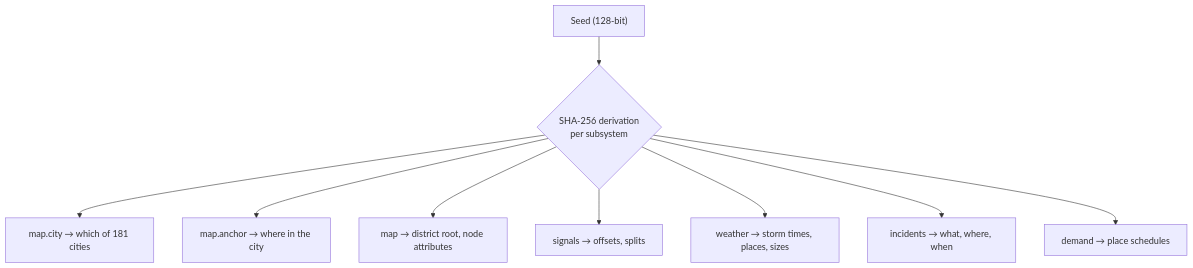
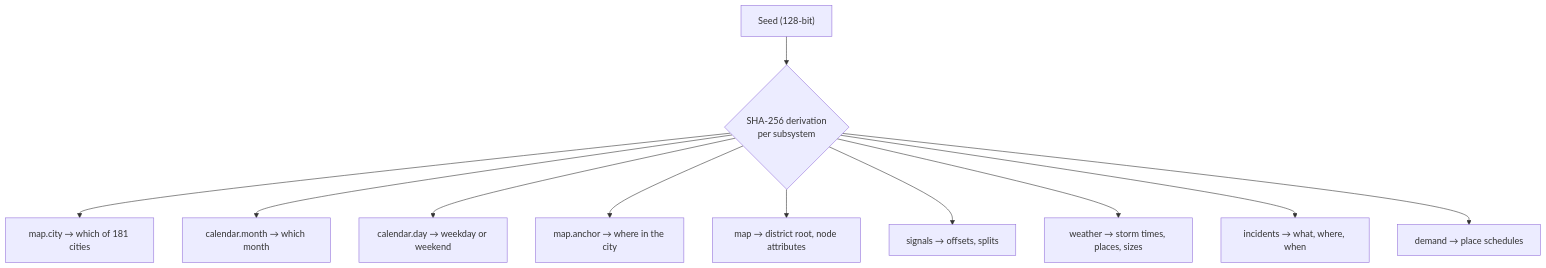
Before and after one commit to varunkarthic/DSTNS: the diagram in docs/guide/seeds-and-places.md, drawn with Mermaid. The commit also changed other lines of this file and 11 other files, not shown here.

````diff
--- a/docs/guide/seeds-and-places.md
+++ b/docs/guide/seeds-and-places.md
@@ -29,11 +29,13 @@
 ```mermaid
 flowchart TD
     S["Seed (128-bit)"] --> H{"SHA-256 derivation<br/>per subsystem"}
     H --> C["map.city → which of 181 cities"]
+    H --> MO["calendar.month → which month"]
+    H --> DT["calendar.day → weekday or weekend"]
     H --> A["map.anchor → where in the city"]
     H --> M["map → district root, node attributes"]
     H --> SIG["signals → offsets, splits"]
     H --> W["weather → storm times, places, sizes"]
     H --> I["incidents → what, where, when"]
     H --> D["demand → place schedules"]
 ```
````
